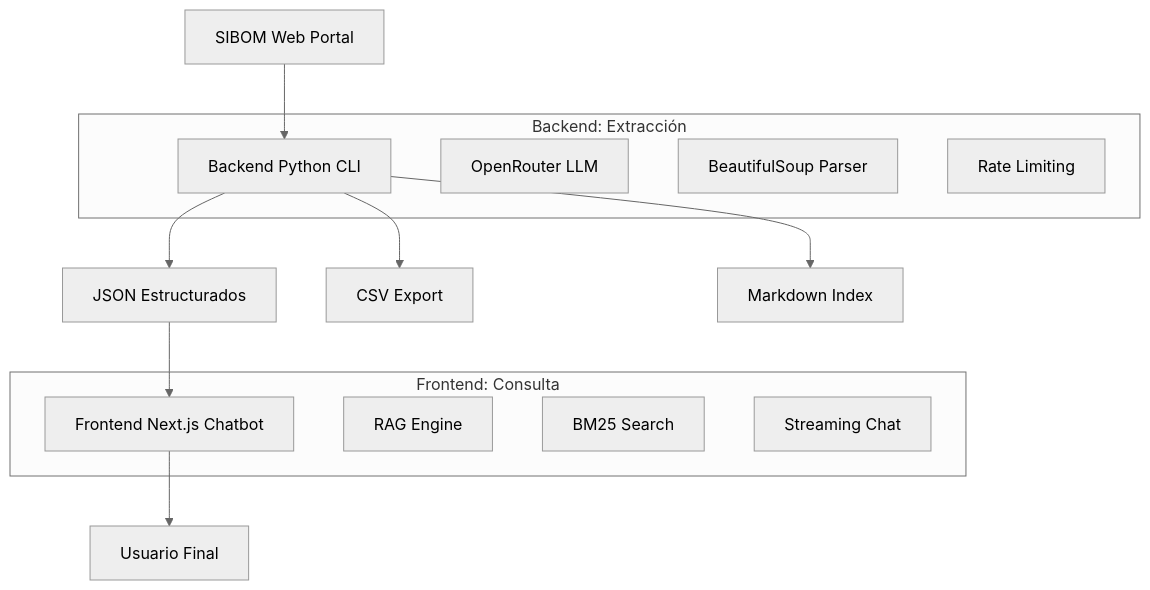
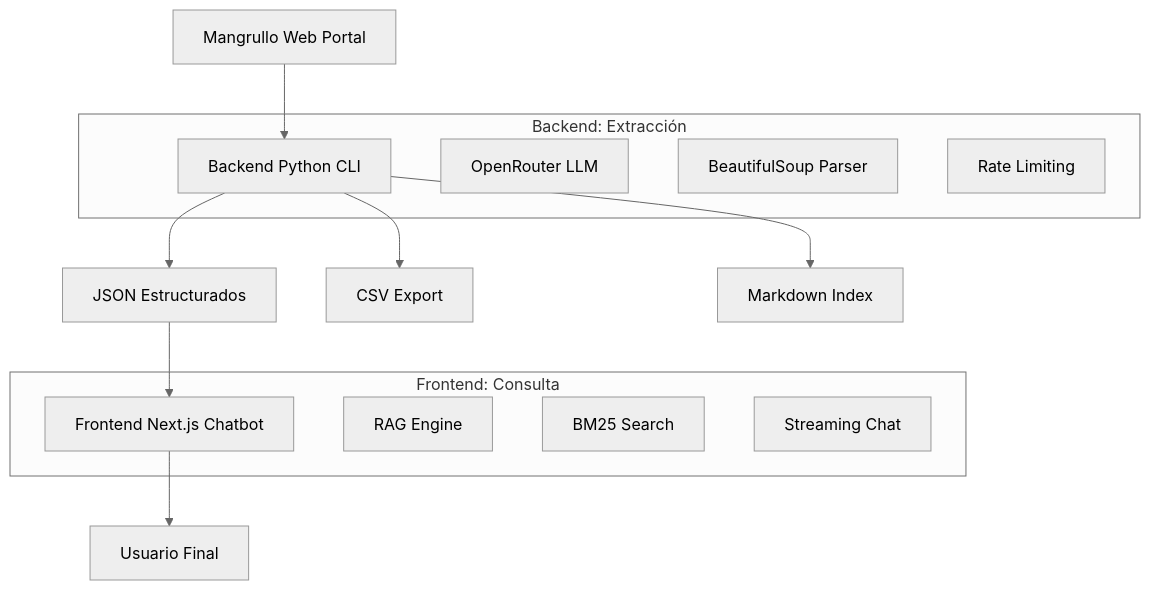
The diagram in .kiro/specs/01-proyecto-overview.md (mrtngrsbch/sibom-ia), drawn with Mermaid (neutral theme) before and after one commit. The commit also changed 76 other files, not shown here.

````diff
--- a/.kiro/specs/01-proyecto-overview.md
+++ b/.kiro/specs/01-proyecto-overview.md
@@ -11,24 +11,24 @@
 ```mermaid
 graph TB
-    A[SIBOM Web Portal] --> B[Backend Python CLI]
+    A[Mangrullo Web Portal] --> B[Backend Python CLI]
     B --> C[JSON Estructurados]
     C --> D[Frontend Next.js Chatbot]
     D --> E[Usuario Final]
     
     B --> F[CSV Export]
     B --> G[Markdown Index]
     
     subgraph "Backend: Extracción"
         B
         H[OpenRouter LLM]
         I[BeautifulSoup Parser]
         J[Rate Limiting]
     end
     
     subgraph "Frontend: Consulta"
         D
         K[RAG Engine]
         L[BM25 Search]
         M[Streaming Chat]
     end
 ```
````
